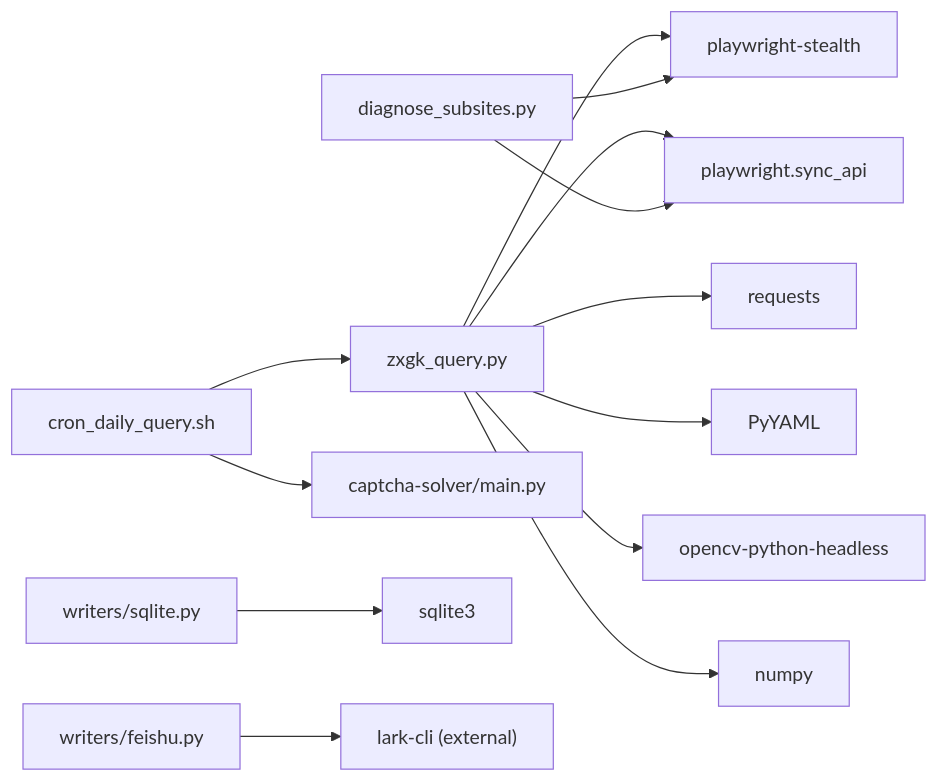
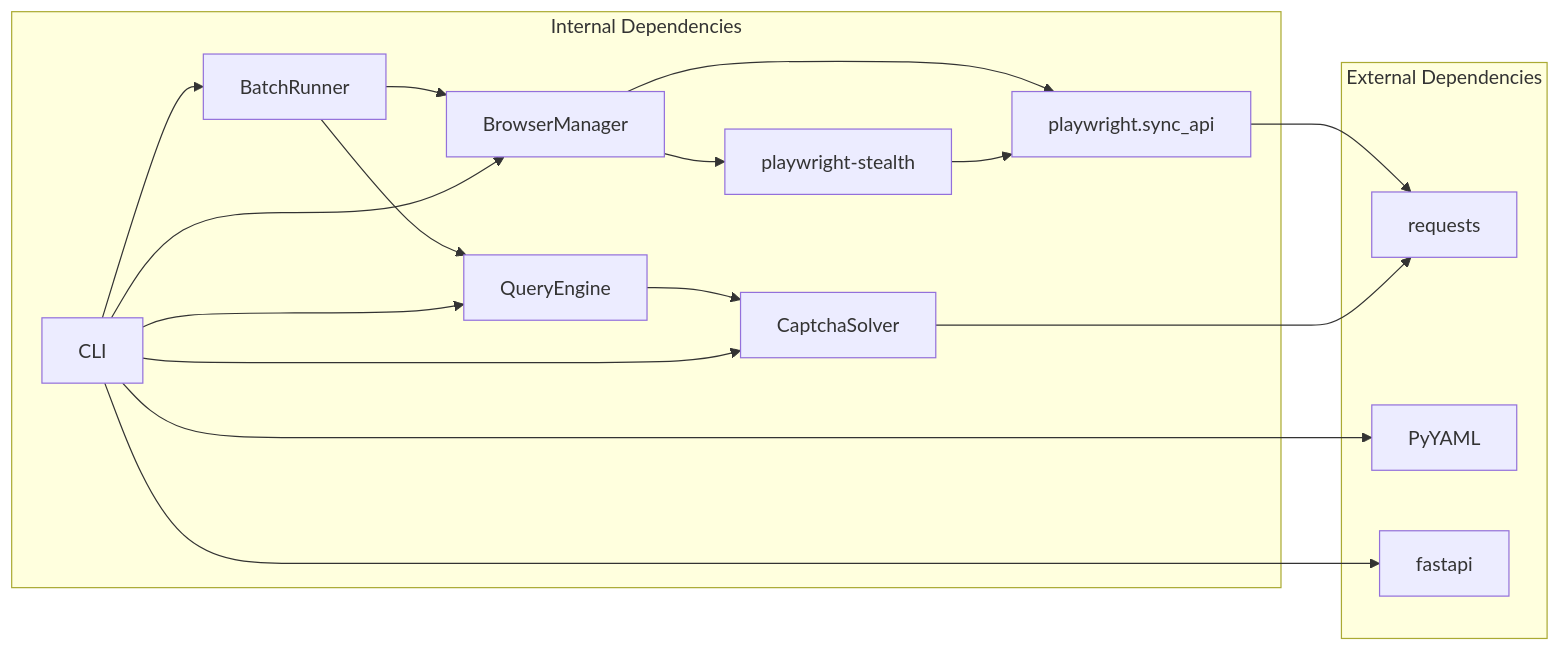
Before and after one commit to supotato-ipj/zxgk_auto_query-skill: the sixth of 6 diagrams in .qoder/repowiki/en/content/Core Architecture/Browser Automation System.md, drawn with Mermaid. The commit also changed other lines of this file and 24 other files, not shown here.

First line of the commit message:
fix(async): 修复 Playwright Sync API 与 asyncio event loop 冲突

````diff
--- a/.qoder/repowiki/en/content/Core Architecture/Browser Automation System.md
+++ b/.qoder/repowiki/en/content/Core Architecture/Browser Automation System.md
@@ -358,15 +350,21 @@
 ```mermaid
 graph LR
-Z["zxgk_query.py"] --> PS["playwright-stealth"]
-Z --> PW["playwright.sync_api"]
-Z --> REQ["requests"]
-Z --> YAML["PyYAML"]
-Z --> CV["opencv-python-headless"]
-Z --> NP["numpy"]
-D["diagnose_subsites.py"] --> PW
-D --> PS
-C["cron_daily_query.sh"] --> Z
-C --> O["captcha-solver/main.py"]
-WSQL["writers/sqlite.py"] --> SQL["sqlite3"]
-WFS["writers/feishu.py"] --> LARK["lark-cli (external)"]
+subgraph "Internal Dependencies"
+BM["BrowserManager"] --> PS["playwright-stealth"]
+BM --> PW["playwright.sync_api"]
+QE["QueryEngine"] --> CS["CaptchaSolver"]
+BR["BatchRunner"] --> BM
+BR --> QE
+CLI["CLI"] --> BM
+CLI --> QE
+CLI --> BR
+CLI --> CS
+end
+subgraph "External Dependencies"
+PW --> REQ["requests"]
+PS --> PW
+CS --> REQ
+CLI --> YAML["PyYAML"]
+CLI --> FAST["fastapi"]
+end
 ```
````
